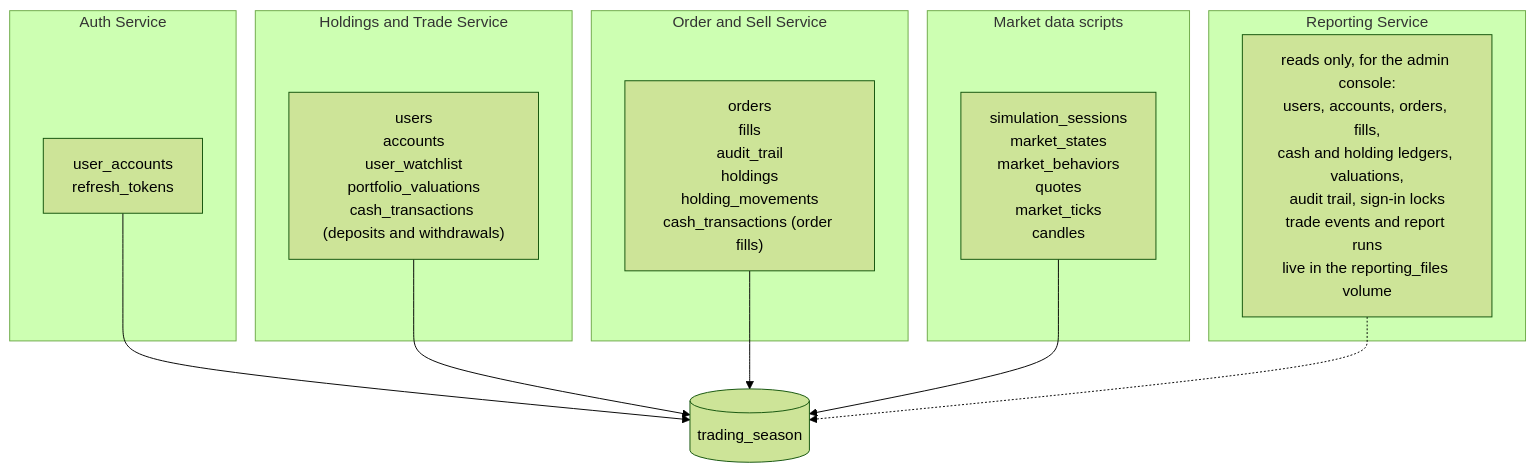
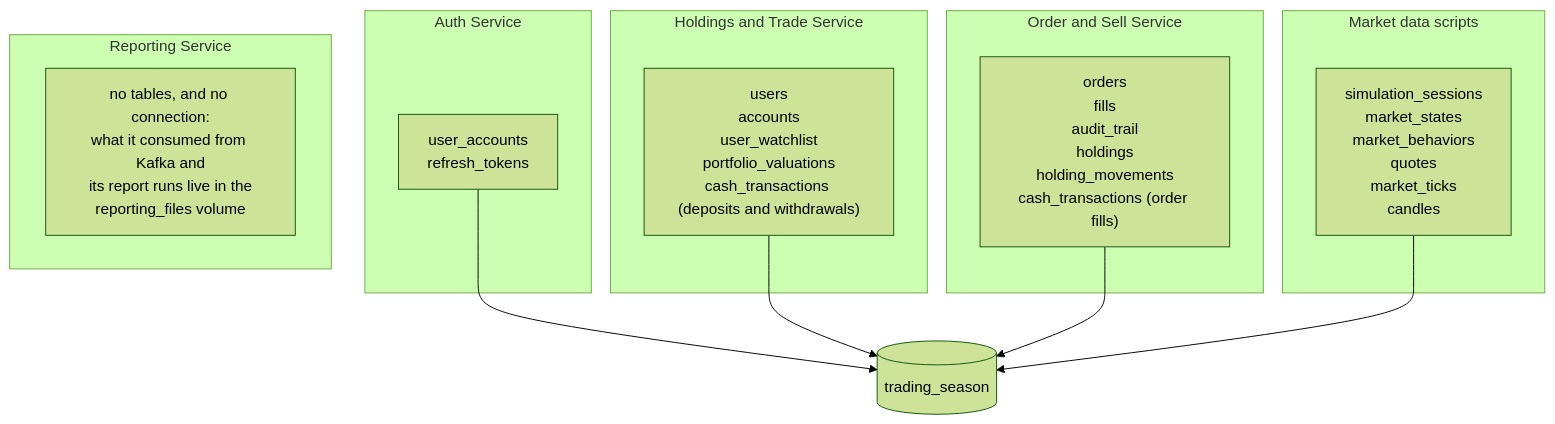
The fourth of 5 diagrams in README.md (seankcheema/trading-season), drawn with Mermaid (forest theme) before and after one commit. The commit also changed other lines of this file and 553 other files, not shown here.

````diff
--- a/README.md
+++ b/README.md
@@ -125,24 +148,23 @@
 ```mermaid
 flowchart TB
     subgraph Auth["Auth Service"]
         A1["user_accounts<br/>refresh_tokens"]
     end
     subgraph HT["Holdings and Trade Service"]
         H1["users<br/>accounts<br/>user_watchlist<br/>portfolio_valuations<br/>cash_transactions (deposits and withdrawals)"]
     end
     subgraph OS["Order and Sell Service"]
         O1["orders<br/>fills<br/>audit_trail<br/>holdings<br/>holding_movements<br/>cash_transactions (order fills)"]
     end
     subgraph MD["Market data scripts"]
         M1["simulation_sessions<br/>market_states<br/>market_behaviors<br/>quotes<br/>market_ticks<br/>candles"]
     end
     subgraph RS["Reporting Service"]
-        R1["reads only, for the admin console:<br/>users, accounts, orders, fills,<br/>cash and holding ledgers, valuations,<br/>audit trail, sign-in locks<br/>trade events and report runs<br/>live in the reporting_files volume"]
+        R1["no tables, and no connection:<br/>what it consumed from Kafka and<br/>its report runs live in the<br/>reporting_files volume"]
     end
     DB[("trading_season")]
     A1 --> DB
     H1 --> DB
     O1 --> DB
     M1 --> DB
-    R1 -.-> DB
 ```
````
